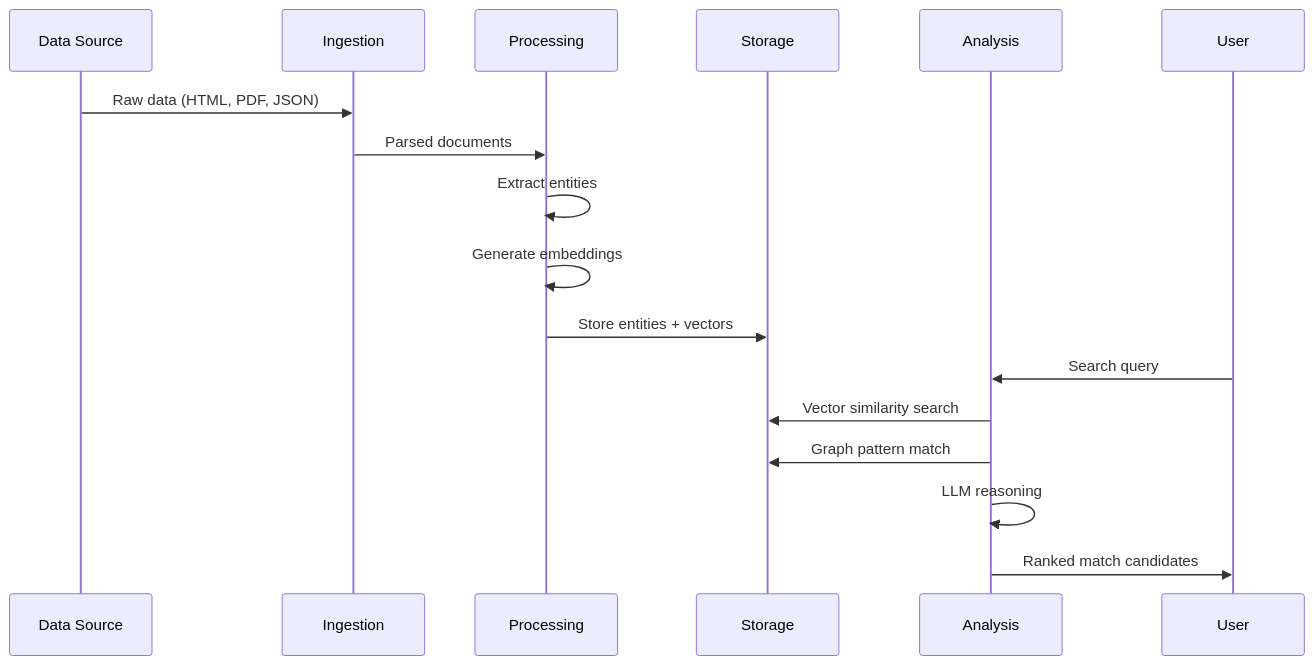
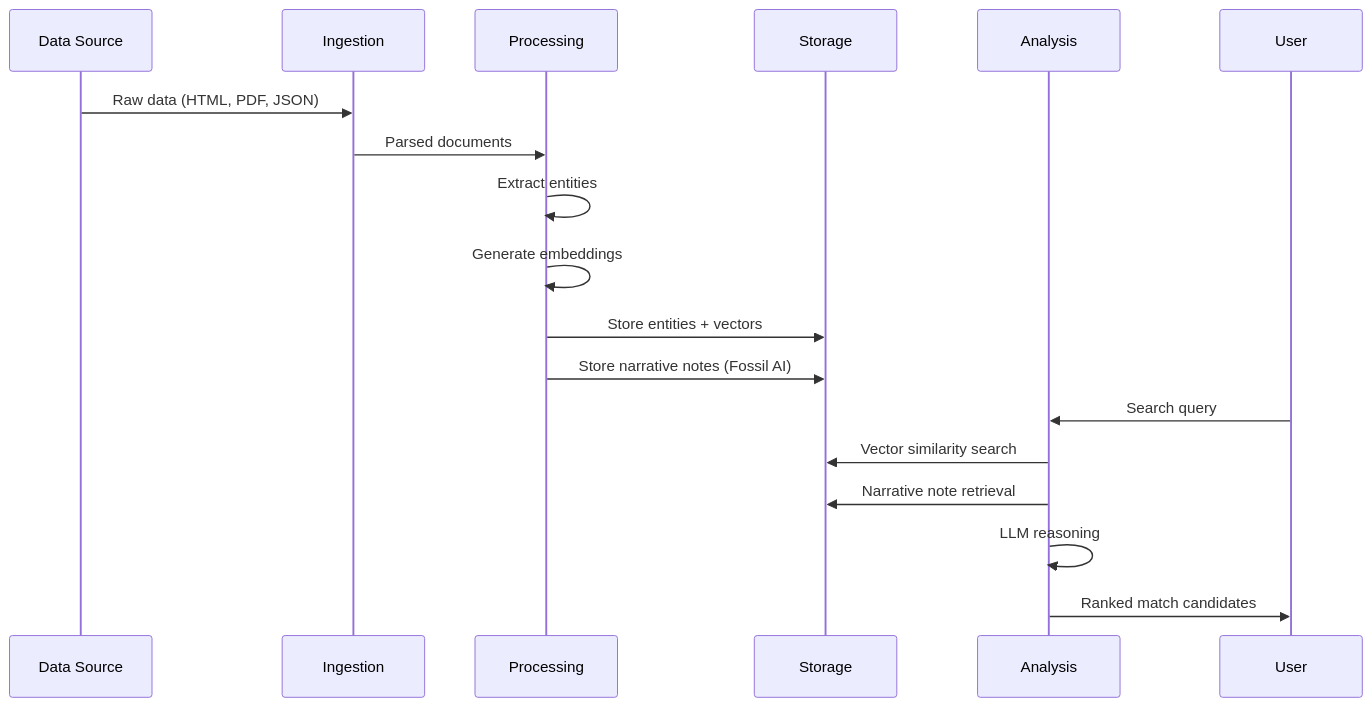
The third of 4 diagrams in docs/architecture.md (BenSiv/filament), drawn with Mermaid before and after one commit. The commit also changed other lines of this file and 10 other files, not shown here.

Commit message:
Add fossil roadmap, docs, and ingestion hardening

````diff
--- a/docs/architecture.md
+++ b/docs/architecture.md
@@ -113,21 +113,22 @@
 ```mermaid
 sequenceDiagram
     participant S as Data Source
     participant I as Ingestion
     participant P as Processing
     participant DB as Storage
     participant A as Analysis
     participant U as User
     
     S->>I: Raw data (HTML, PDF, JSON)
     I->>P: Parsed documents
     P->>P: Extract entities
     P->>P: Generate embeddings
     P->>DB: Store entities + vectors
+    P->>DB: Store narrative notes (Fossil AI)
     
     U->>A: Search query
     A->>DB: Vector similarity search
-    A->>DB: Graph pattern match
+    A->>DB: Narrative note retrieval
     A->>A: LLM reasoning
     A->>U: Ranked match candidates
 ```
````
